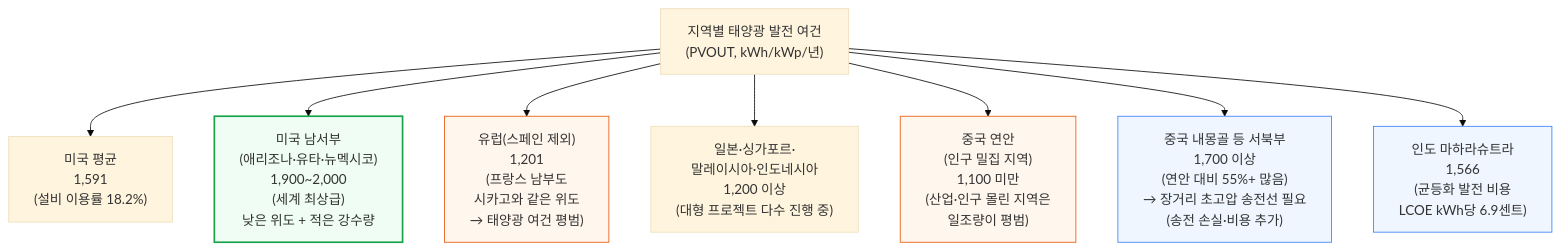
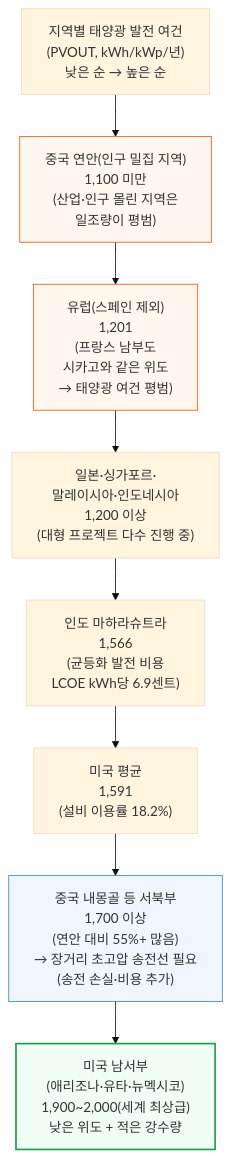
Diagram 28 of 32 in 원본 해석/[240314] AI 데이터센터 에너지 딜레마 - AI 데이터센터 공간 확보 경쟁.md (yohan4477/semi-report), drawn with Mermaid (base theme) before and after one commit. The commit also changed other lines of this file and 2 other files, not shown here.

First line of the commit message:
Fix diagram width violations (v14.0) in Part1/doc1/doc3

````diff
--- a/원본 해석/[240314] AI 데이터센터 에너지 딜레마 - AI 데이터센터 공간 확보 경쟁.md
+++ b/원본 해석/[240314] AI 데이터센터 에너지 딜레마 - AI 데이터센터 공간 확보 경쟁.md
@@ -938,16 +906,15 @@
 ```mermaid
 flowchart TD
-    PVOUTCompare["지역별 태양광 발전 여건<br/>(PVOUT, kWh/kWp/년)"] --> USAvg6["미국 평균<br/>1,591<br/>(설비 이용률 18.2%)"]
-    PVOUTCompare --> USSW6["미국 남서부<br/>(애리조나·유타·뉴멕시코)<br/>1,900~2,000<br/>(세계 최상급)<br/>낮은 위도 + 적은 강수량"]
-    PVOUTCompare --> EU6["유럽(스페인 제외)<br/>1,201<br/>(프랑스 남부도<br/>시카고와 같은 위도<br/>→ 태양광 여건 평범)"]
-    PVOUTCompare --> Asia6["일본·싱가포르·<br/>말레이시아·인도네시아<br/>1,200 이상<br/>(대형 프로젝트 다수 진행 중)"]
-    PVOUTCompare --> ChinaCoast6["중국 연안<br/>(인구 밀집 지역)<br/>1,100 미만<br/>(산업·인구 몰린 지역은<br/>일조량이 평범)"]
-    PVOUTCompare --> ChinaNW6["중국 내몽골 등 서북부<br/>1,700 이상<br/>(연안 대비 55%+ 많음)<br/>→ 장거리 초고압 송전선 필요<br/>(송전 손실·비용 추가)"]
-    PVOUTCompare --> India6["인도 마하라슈트라<br/>1,566<br/>(균등화 발전 비용<br/>LCOE kWh당 6.9센트)"]
+    PVOUTCompare["지역별 태양광 발전 여건<br/>(PVOUT, kWh/kWp/년)<br/>낮은 순 → 높은 순"] --> ChinaCoast6["중국 연안(인구 밀집 지역)<br/>1,100 미만<br/>(산업·인구 몰린 지역은<br/>일조량이 평범)"]
+    ChinaCoast6 --> EU6["유럽(스페인 제외)<br/>1,201<br/>(프랑스 남부도<br/>시카고와 같은 위도<br/>→ 태양광 여건 평범)"]
+    EU6 --> Asia6["일본·싱가포르·<br/>말레이시아·인도네시아<br/>1,200 이상<br/>(대형 프로젝트 다수 진행 중)"]
+    Asia6 --> India6["인도 마하라슈트라<br/>1,566<br/>(균등화 발전 비용<br/>LCOE kWh당 6.9센트)"]
+    India6 --> USAvg6["미국 평균<br/>1,591<br/>(설비 이용률 18.2%)"]
+    USAvg6 --> ChinaNW6["중국 내몽골 등 서북부<br/>1,700 이상<br/>(연안 대비 55%+ 많음)<br/>→ 장거리 초고압 송전선 필요<br/>(송전 손실·비용 추가)"]
+    ChinaNW6 --> USSW6["미국 남서부<br/>(애리조나·유타·뉴멕시코)<br/>1,900~2,000(세계 최상급)<br/>낮은 위도 + 적은 강수량"]
 
+    style ChinaCoast6 fill:#fff7ed,stroke:#ea580c
+    style EU6 fill:#fff7ed,stroke:#ea580c
+    style ChinaNW6 fill:#eff6ff,stroke:#3b82f6
     style USSW6 fill:#f0fdf4,stroke:#16a34a,stroke-width:2px
-    style EU6 fill:#fff7ed,stroke:#ea580c
-    style ChinaCoast6 fill:#fff7ed,stroke:#ea580c
-    style ChinaNW6 fill:#eff6ff,stroke:#3b82f6
-    style India6 fill:#eff6ff,stroke:#3b82f6
 ```
````
